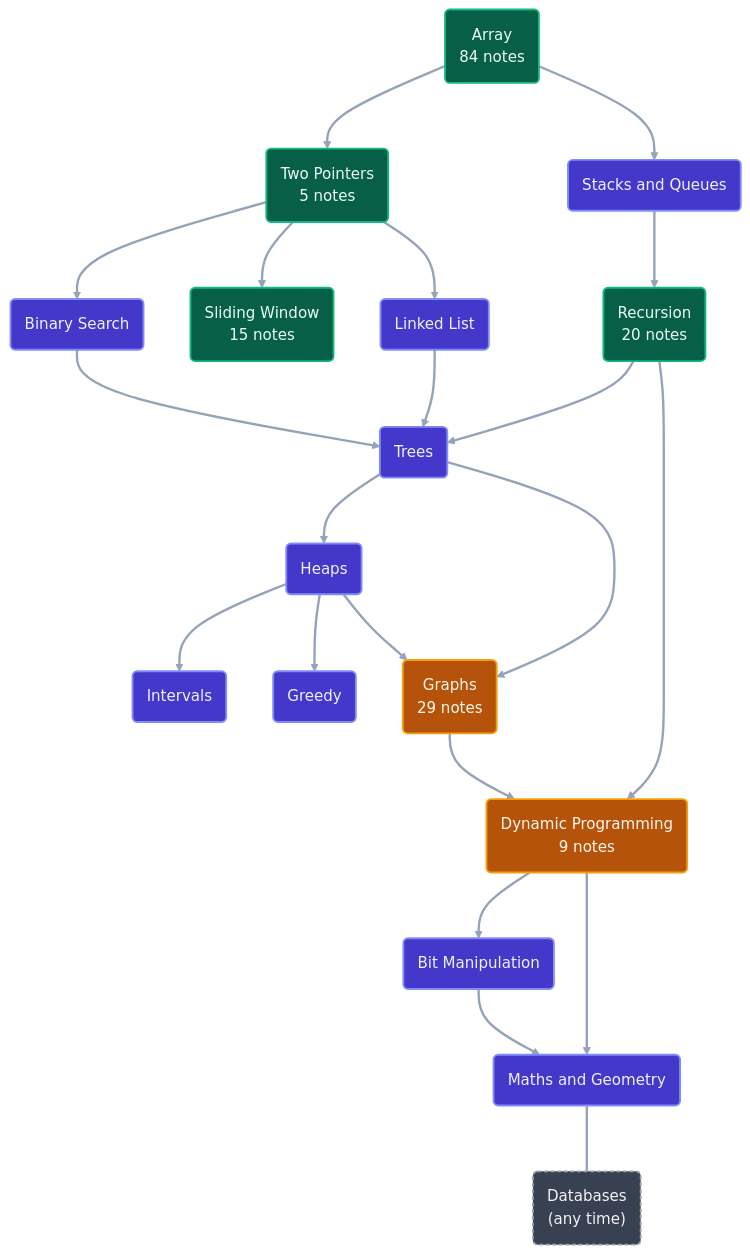
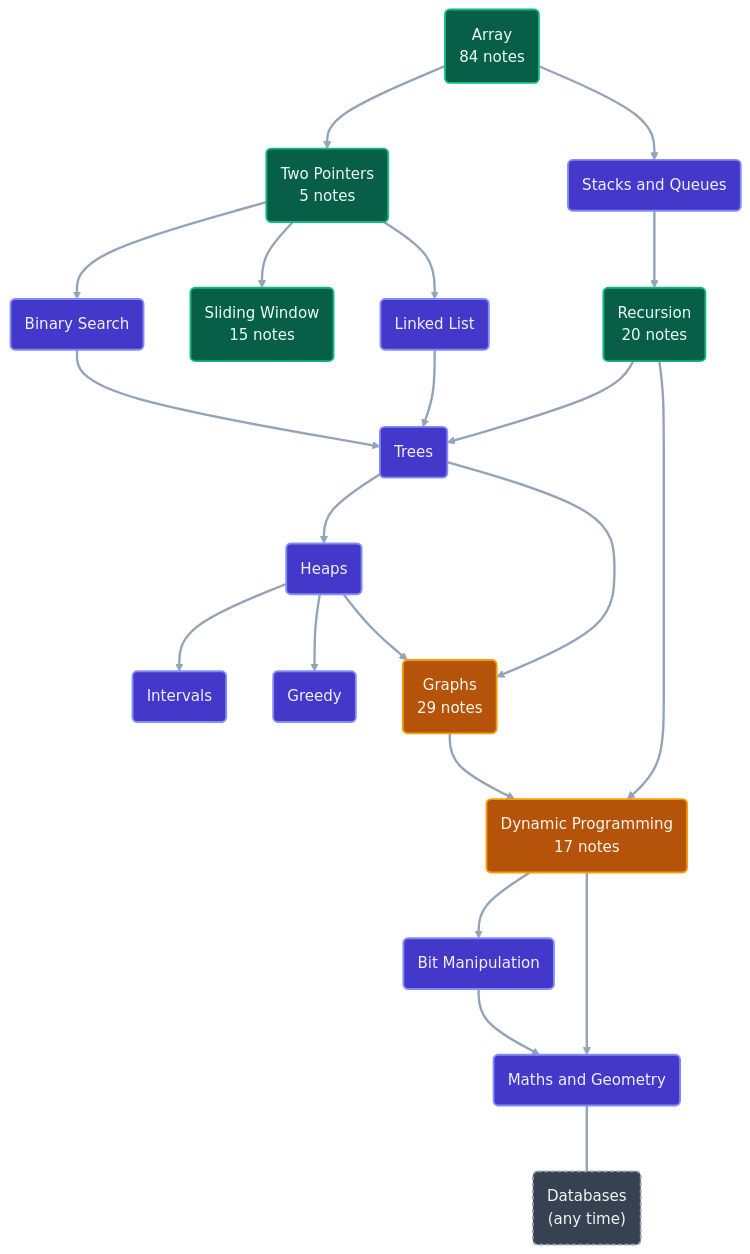
The second of 2 diagrams in README.md (ajay-nikumbh/dsa-notes), drawn with Mermaid before and after one commit. The commit also changed other lines of this file and 7 other files, not shown here.

First line of the commit message:
Complete DP on Subsets and Subsequences: all 11 notes written

````diff
--- a/README.md
+++ b/README.md
@@ -76,52 +76,52 @@
 ```mermaid
 ---
 config:
   layout: dagre
   flowchart:
     curve: basis
     nodeSpacing: 50
     rankSpacing: 70
 ---
 flowchart TD
     ARR("Array<br/>84 notes"):::done
     TP("Two Pointers<br/>5 notes"):::done
     SQ("Stacks and Queues"):::todo
     BS("Binary Search"):::todo
     SW("Sliding Window<br/>15 notes"):::done
     LL("Linked List"):::todo
     REC("Recursion<br/>20 notes"):::done
     TR("Trees"):::todo
     HP("Heaps"):::todo
     GR("Graphs<br/>29 notes"):::inprog
-    DP("Dynamic Programming<br/>9 notes"):::inprog
+    DP("Dynamic Programming<br/>17 notes"):::inprog
     IV("Intervals"):::todo
     GD("Greedy"):::todo
     BM("Bit Manipulation"):::todo
     MG("Maths and Geometry"):::todo
     DB("Databases<br/>(any time)"):::side
     ARR --> TP
     ARR --> SQ
     TP --> BS
     TP --> SW
     TP --> LL
     SQ --> REC
     BS --> TR
     LL --> TR
     REC --> TR
     TR --> HP
     TR --> GR
     REC --> DP
     HP --> IV
     HP --> GD
     HP --> GR
     GR --> DP
     DP --> BM
     DP --> MG
     BM --> MG
     MG ~~~ DB
     classDef done fill:#065f46,stroke:#10b981,stroke-width:2px,color:#ecfdf5
     classDef inprog fill:#b45309,stroke:#f59e0b,stroke-width:2px,color:#fff7ed
     classDef todo fill:#4338ca,stroke:#818cf8,stroke-width:2px,color:#eef2ff
     classDef side fill:#374151,stroke:#9ca3af,stroke-width:2px,stroke-dasharray:4 3,color:#f3f4f6
     linkStyle default stroke:#94a3b8,stroke-width:2.5px
 ```
````
